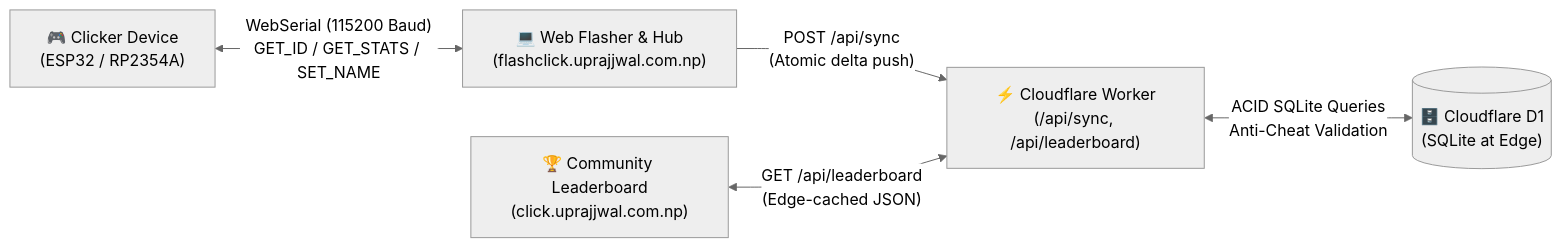
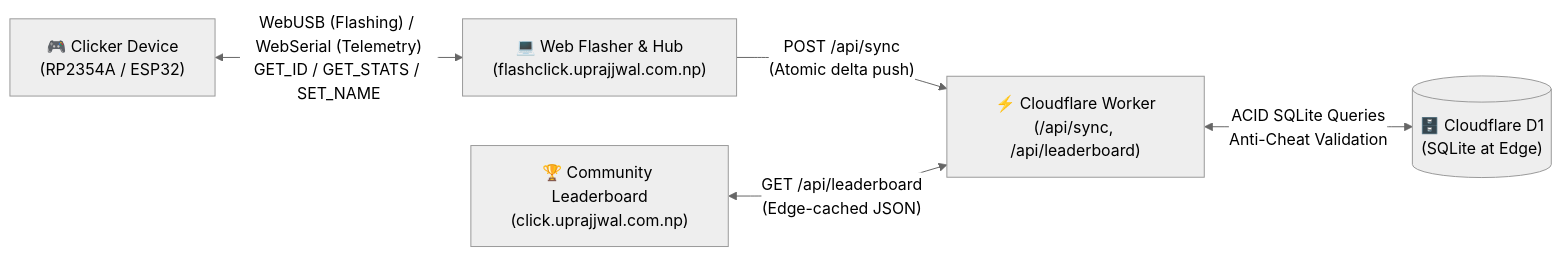
Before and after one commit to prajjwalprajjwal/Click: the diagram in README.md, drawn with Mermaid (neutral theme). The commit also changed other lines of this file and 2 other files, not shown here.

````diff
--- a/README.md
+++ b/README.md
@@ -234,13 +269,13 @@
 ```mermaid
 flowchart LR
-    DEV["🎮 Clicker Device\n(ESP32 / RP2354A)"]
+    DEV["🎮 Clicker Device\n(RP2354A / ESP32)"]
     WEB["💻 Web Flasher & Hub\n(flashclick.uprajjwal.com.np)"]
     CF["⚡ Cloudflare Worker\n(/api/sync, /api/leaderboard)"]
     D1[("🗄️ Cloudflare D1\n(SQLite at Edge)")]
     SITE["🏆 Community Leaderboard\n(click.uprajjwal.com.np)"]
 
-    DEV <-->|"WebSerial (115200 Baud)\nGET_ID / GET_STATS / SET_NAME"| WEB
+    DEV <-->|"WebUSB (Flashing) / WebSerial (Telemetry)\nGET_ID / GET_STATS / SET_NAME"| WEB
     WEB -->|"POST /api/sync\n(Atomic delta push)"| CF
     CF <-->|"ACID SQLite Queries\nAnti-Cheat Validation"| D1
     SITE <-->|"GET /api/leaderboard\n(Edge-cached JSON)"| CF
 ```
````
